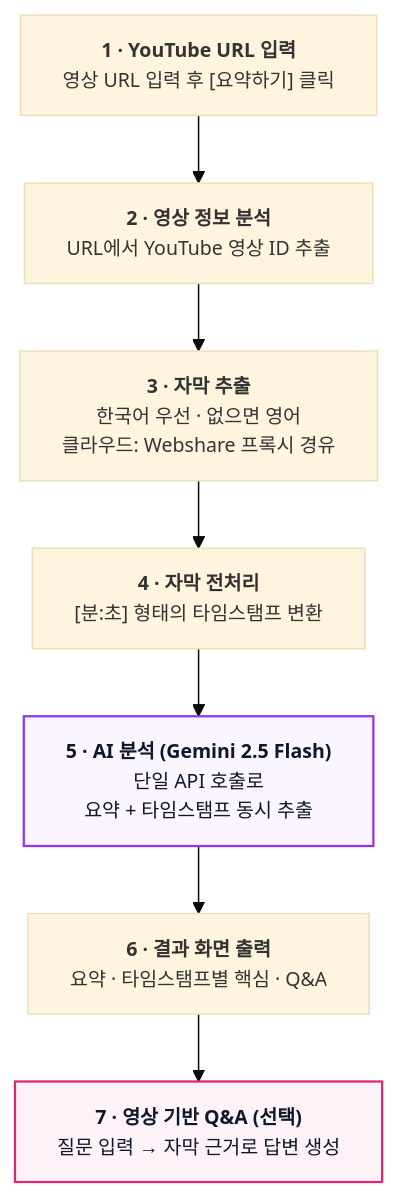
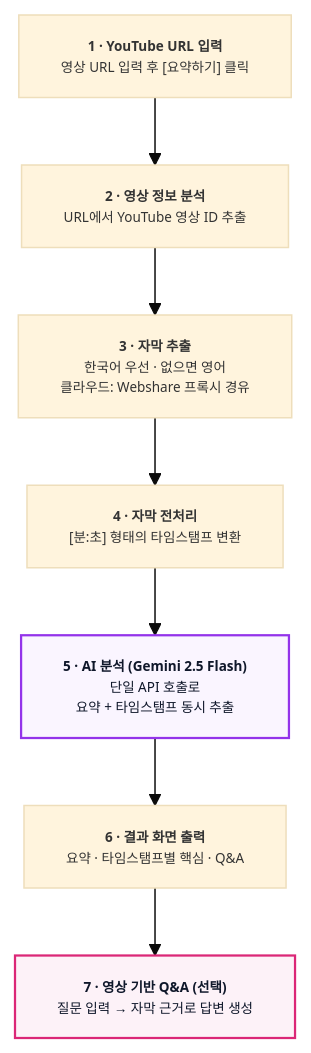
One commit to songheebaek/week09-aiweb2026 changed the diagram in contents.md. Above: the diagram before and after it, drawn with Mermaid.

````diff
--- a/contents.md
+++ b/contents.md
@@ -46,18 +46,18 @@
 ```mermaid
-%%{init: {'theme':'base', 'flowchart': {'htmlLabels': true, 'padding': 14, 'nodeSpacing': 40, 'rankSpacing': 45}, 'themeVariables': {'fontSize': '13px'}}}%%
+%%{init: {'theme':'base', 'flowchart': {'htmlLabels': true, 'padding': 14, 'nodeSpacing': 40, 'rankSpacing': 45}, 'themeVariables': {'fontSize': '9px'}}}%%
 flowchart TD
     A["<b>1 · YouTube URL 입력</b><br/>영상 URL 입력 후 [요약하기] 클릭"]
     B["<b>2 · 영상 정보 분석</b><br/>URL에서 YouTube 영상 ID 추출"]
     C["<b>3 · 자막 추출</b><br/>한국어 우선 · 없으면 영어<br/>클라우드: Webshare 프록시 경유"]
     D["<b>4 · 자막 전처리</b><br/>[분:초] 형태의 타임스탬프 변환"]
     E["<b>5 · AI 분석 (Gemini 2.5 Flash)</b><br/>단일 API 호출로<br/>요약 + 타임스탬프 동시 추출"]
     F["<b>6 · 결과 화면 출력</b><br/>요약 · 타임스탬프별 핵심 · Q&amp;A"]
     G["<b>7 · 영상 기반 Q&amp;A (선택)</b><br/>질문 입력 → 자막 근거로 답변 생성"]
 
     A --> B --> C --> D --> E --> F --> G
 
     classDef ai  fill:#faf5ff,stroke:#9333ea,stroke-width:1.5px,color:#0f172a;
     classDef opt fill:#fdf2f8,stroke:#db2777,stroke-width:1.5px,color:#0f172a;
     class E ai
     class G opt
 ```
````
